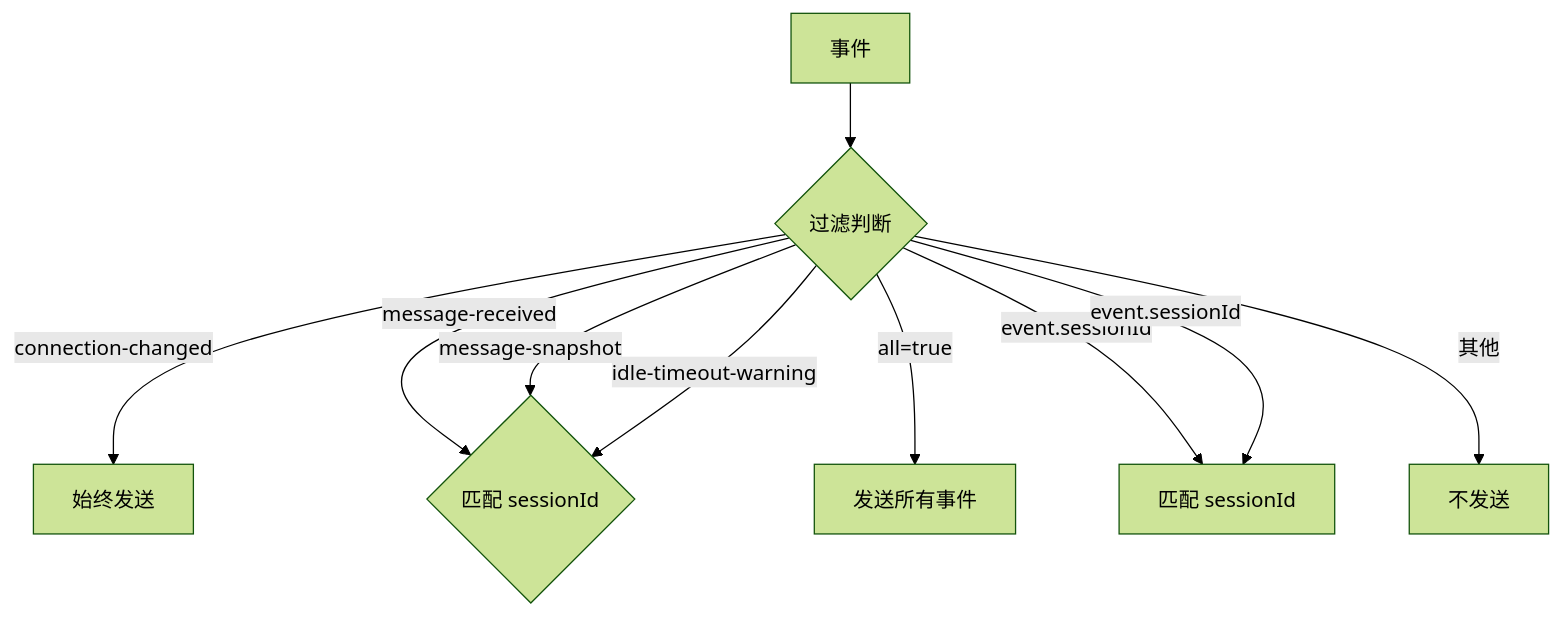
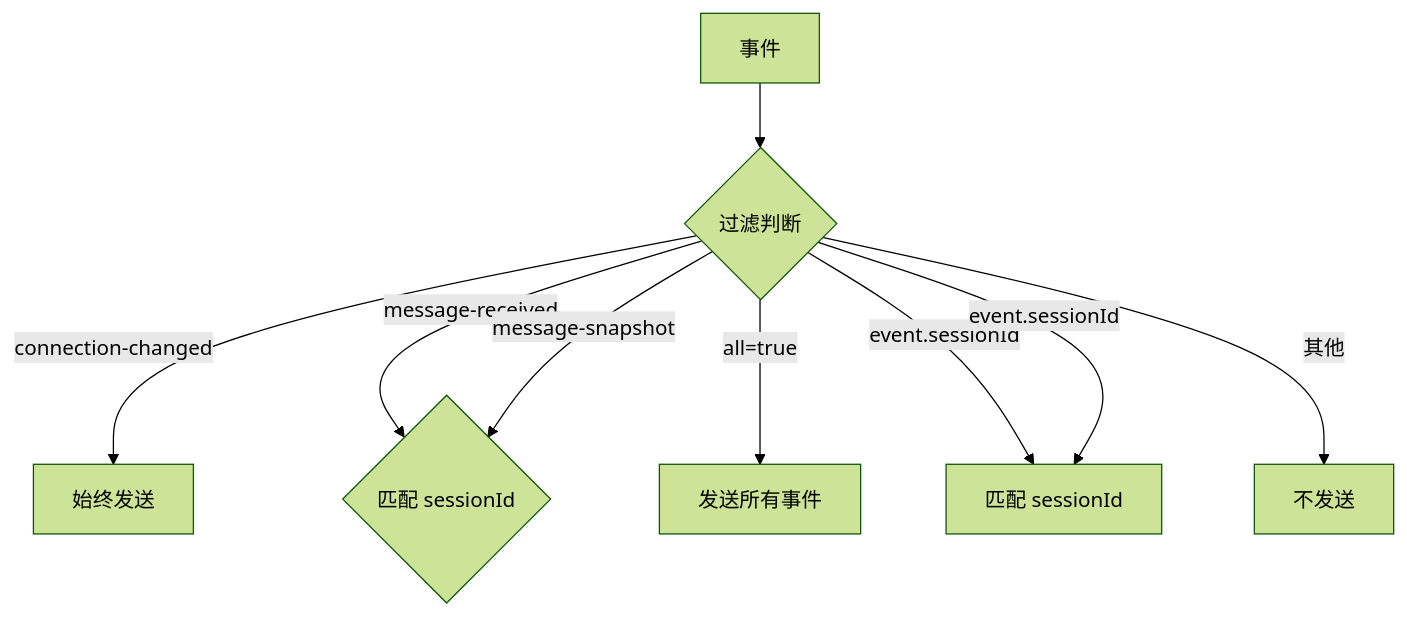
Before and after one commit to ModuBit/mobi: the third of 4 diagrams in docs/architecture/daemon/sse/README.md, drawn with Mermaid (forest theme). The commit also changed other lines of this file and 27 other files, not shown here.

````diff
--- a/docs/architecture/daemon/sse/README.md
+++ b/docs/architecture/daemon/sse/README.md
@@ -99,13 +98,12 @@
 ```mermaid
 flowchart TB
     event[事件] --> check{过滤判断}
 
     check -->|connection-changed| always[始终发送]
     check -->|message-received| session{匹配 sessionId}
     check -->|message-snapshot| session
-    check -->|idle-timeout-warning| session
     check -->|all=true| all[发送所有事件]
     check -->|event.sessionId| match[匹配 sessionId]
     check -->|event.sessionId| match[匹配 sessionId]
     check -->|其他| skip[不发送]
 ```
````
